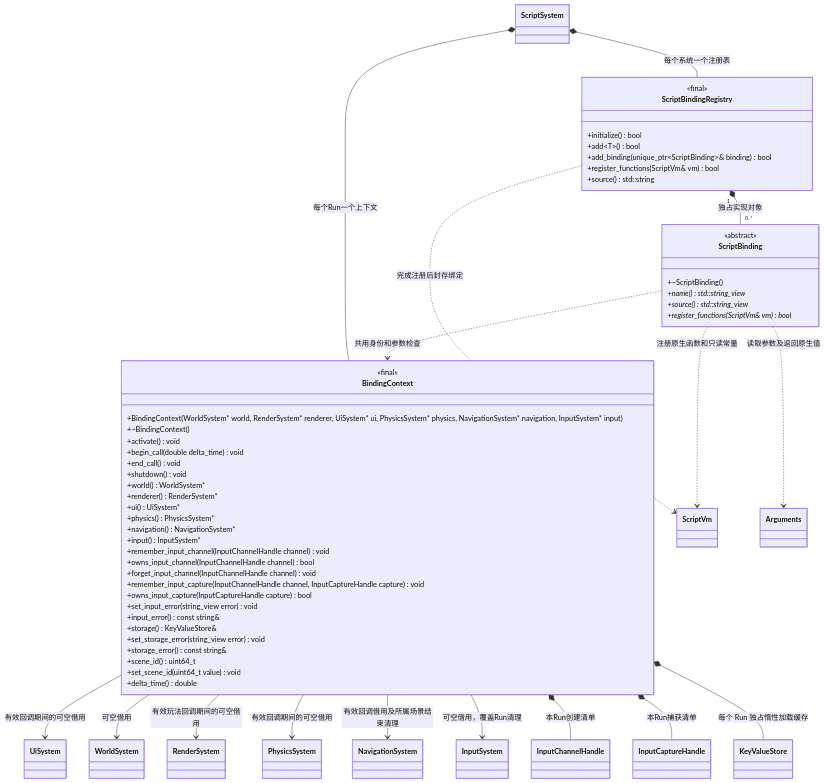
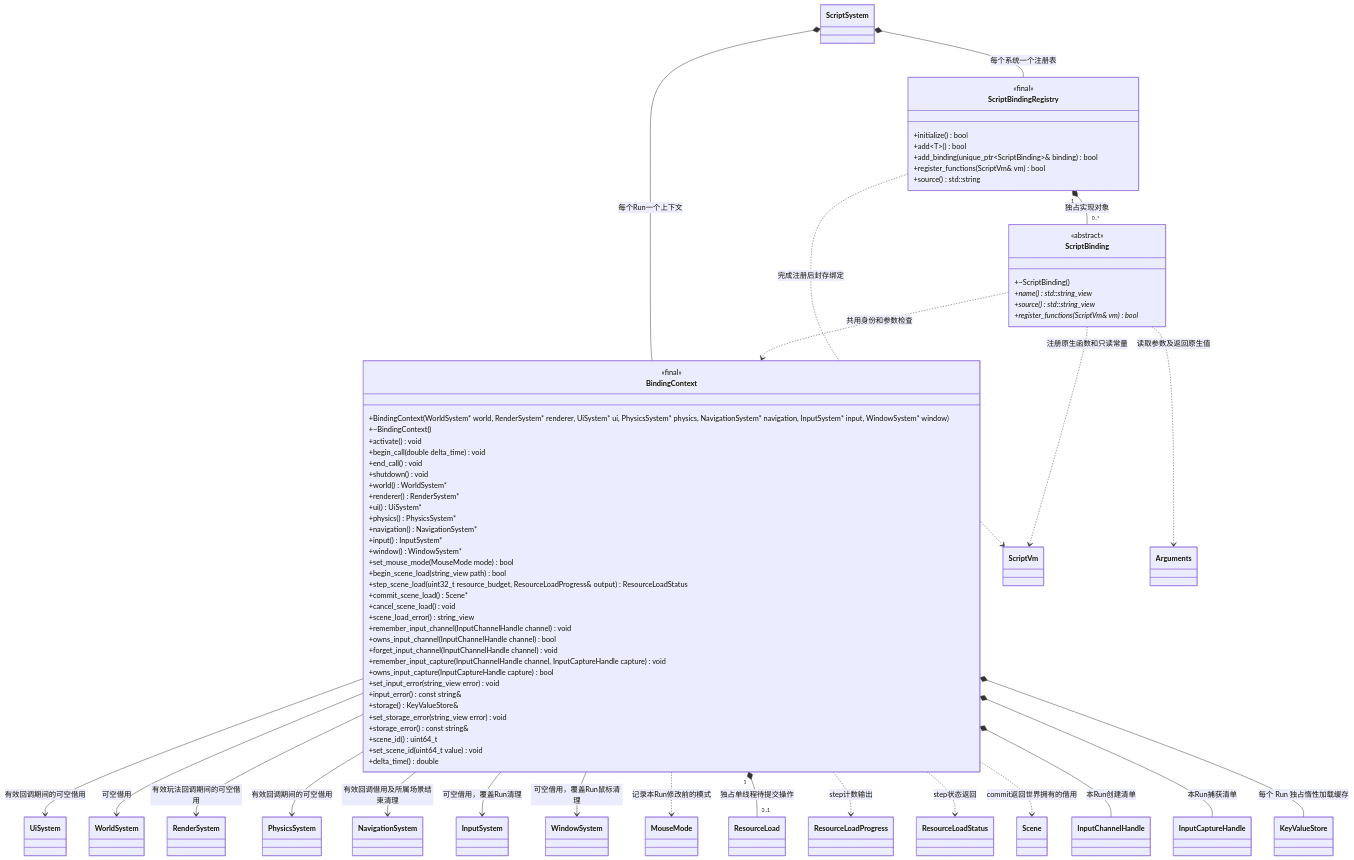
The first of 5 diagrams in docs/plugins/runtime/class-diagrams/script-bindings.md (lcals/Engine), drawn with Mermaid before and after one commit. The commit also changed other lines of this file and 13 other files, not shown here.

```diff
--- a/docs/plugins/runtime/class-diagrams/script-bindings.md
+++ b/docs/plugins/runtime/class-diagrams/script-bindings.md
@@ -32,7 +36,7 @@
     }
     class BindingContext {
         <<final>>
-        +BindingContext(WorldSystem#42; world, RenderSystem#42; renderer, UiSystem#42; ui, PhysicsSystem#42; physics, NavigationSystem#42; navigation, InputSystem#42; input)
+        +BindingContext(WorldSystem#42; world, RenderSystem#42; renderer, UiSystem#42; ui, PhysicsSystem#42; physics, NavigationSystem#42; navigation, InputSystem#42; input, WindowSystem#42; window)
         +~BindingContext()
         +activate() void
         +begin_call(double delta_time) void
@@ -44,6 +48,13 @@
         +physics() PhysicsSystem#42;
         +navigation() NavigationSystem#42;
         +input() InputSystem#42;
+        +window() WindowSystem#42;
+        +set_mouse_mode(MouseMode mode) bool
+        +begin_scene_load(string_view path) bool
+        +step_scene_load(uint32_t resource_budget, ResourceLoadProgress& output) ResourceLoadStatus
+        +commit_scene_load() Scene#42;
+        +cancel_scene_load() void
+        +scene_load_error() string_view
         +remember_input_channel(InputChannelHandle channel) void
         +owns_input_channel(InputChannelHandle channel) bool
         +forget_input_channel(InputChannelHandle channel) void
@@ -67,6 +78,12 @@
     class PhysicsSystem
     class NavigationSystem
     class InputSystem
+    class WindowSystem
+    class MouseMode
+    class ResourceLoad
+    class ResourceLoadProgress
+    class ResourceLoadStatus
+    class Scene
     class InputChannelHandle
     class InputCaptureHandle
     class KeyValueStore
@@ -83,6 +100,12 @@
     BindingContext --> PhysicsSystem : 有效回调期间的可空借用
     BindingContext --> NavigationSystem : 有效回调借用及所属场景结束清理
     BindingContext --> InputSystem : 可空借用，覆盖Run清理
+    BindingContext --> WindowSystem : 可空借用，覆盖Run鼠标清理
+    BindingContext ..> MouseMode : 记录本Run修改前的模式
+    BindingContext "1" *-- "0..1" ResourceLoad : 独占单线程待提交操作
+    BindingContext ..> ResourceLoadProgress : step计数输出
+    BindingContext ..> ResourceLoadStatus : step状态返回
+    BindingContext ..> Scene : commit返回世界拥有的借用
     BindingContext *-- InputChannelHandle : 本Run创建清单
     BindingContext *-- InputCaptureHandle : 本Run捕获清单
     BindingContext *-- KeyValueStore : 每个 Run 独占惰性加载缓存
```
